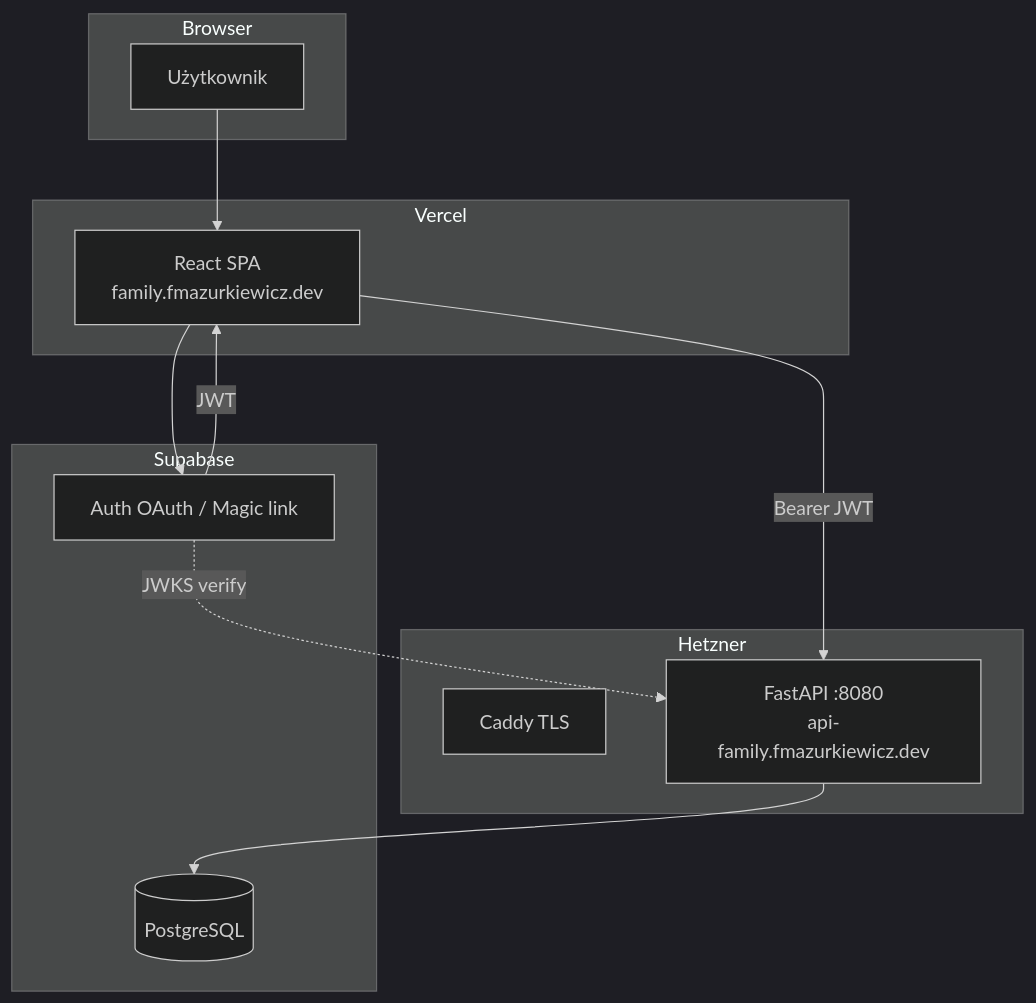
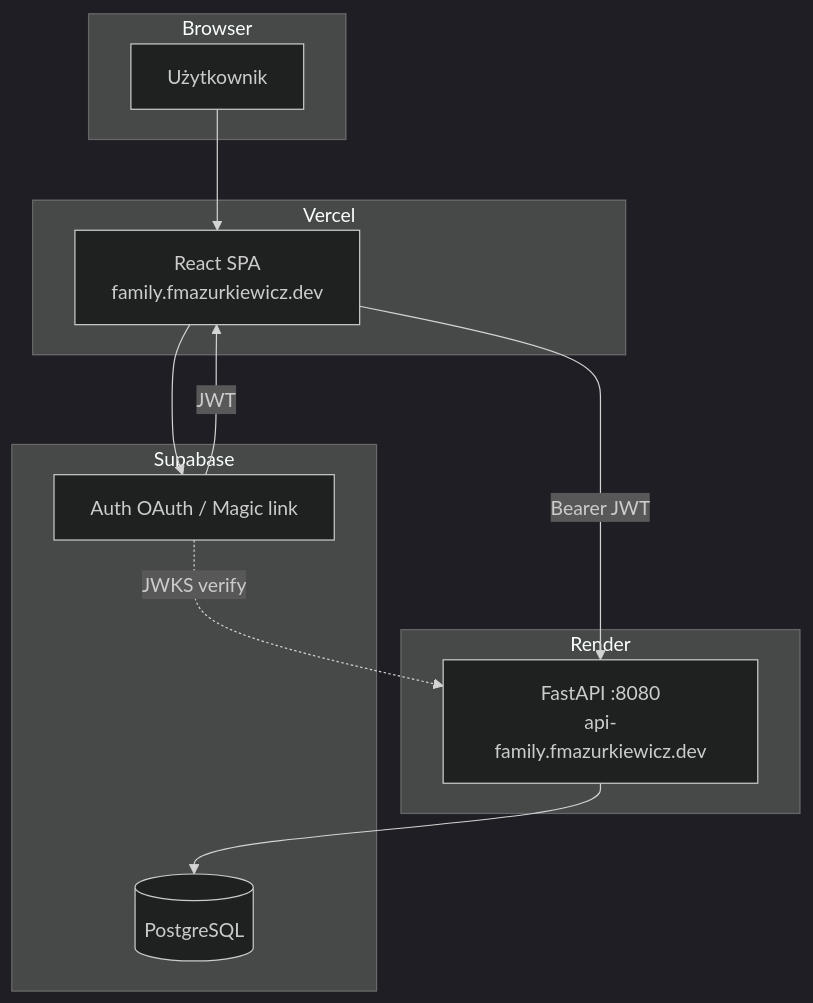
The first of 2 diagrams in docs/technical/architecture.md (fifmazurkiewicz/FamilyOrganiser), drawn with Mermaid (dark theme) before and after one commit. The commit also changed other lines of this file and 45 other files, not shown here.

````diff
--- a/docs/technical/architecture.md
+++ b/docs/technical/architecture.md
@@ -10,27 +10,26 @@
 ```mermaid
 graph TB
     subgraph Browser
         U[Użytkownik]
     end
 
     subgraph Vercel
         FE[React SPA<br/>family.fmazurkiewicz.dev]
     end
 
-    subgraph Hetzner
-        Caddy[Caddy TLS]
+    subgraph Render
         API[FastAPI :8080<br/>api-family.fmazurkiewicz.dev]
     end
 
     subgraph Supabase
         Auth[Auth OAuth / Magic link]
         PG[(PostgreSQL)]
     end
 
     U --> FE
     FE -->|Bearer JWT| API
     FE --> Auth
     Auth -->|JWT| FE
     API --> PG
     Auth -.->|JWKS verify| API
 ```
````
